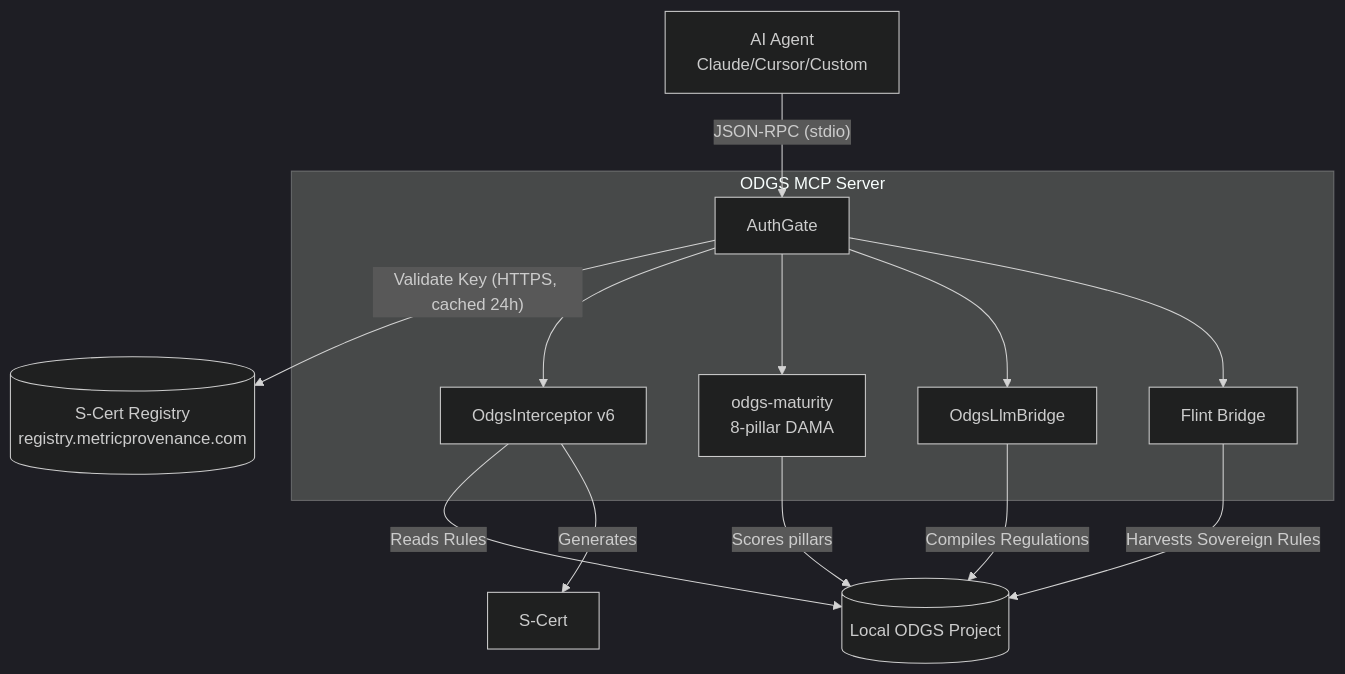
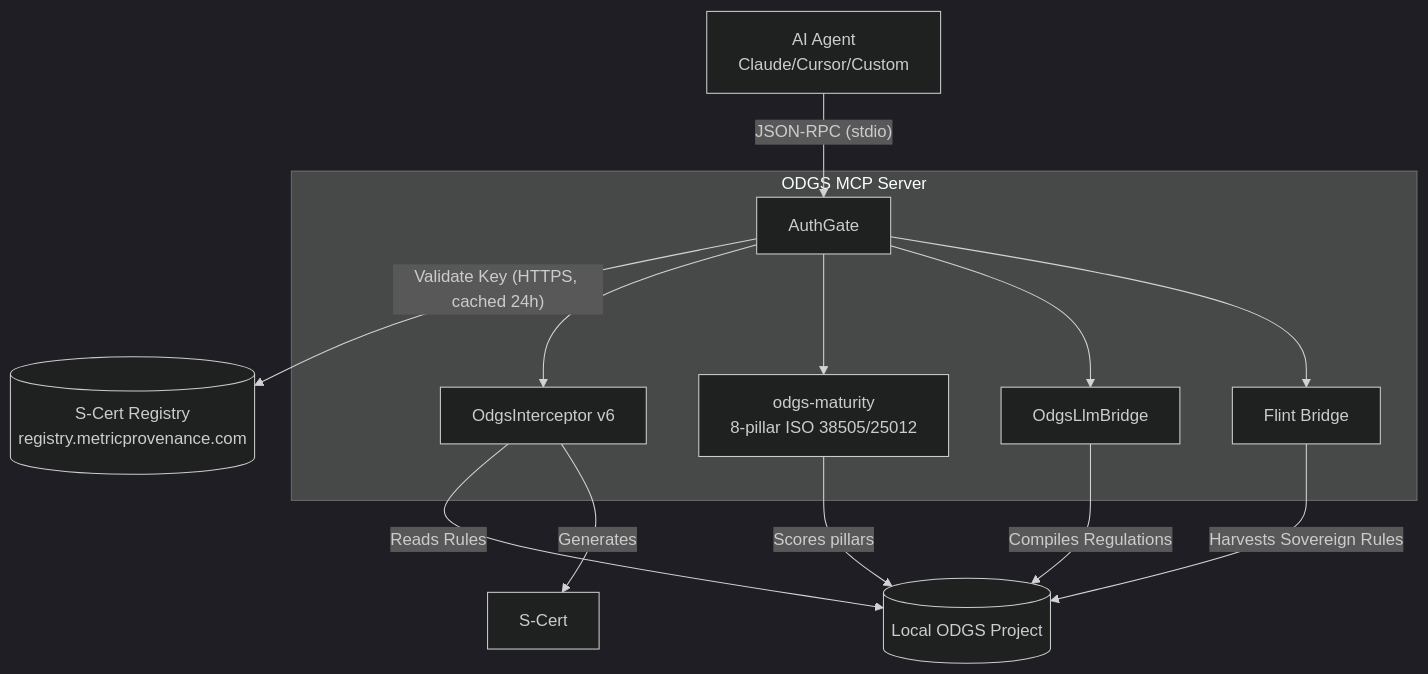
One commit to MetricProvenance/odgs-mcp-server changed the diagram in README.md. Above: the diagram before and after it, drawn with Mermaid (dark theme). The commit also changed other lines of this file and 7 other files, not shown here.

Commit message:
feat(v0.4.0): align with ODGS v6.1.0 and ISO/IEC 38505-1 & 25012 maturity framework

````diff
--- a/README.md
+++ b/README.md
@@ -180,28 +176,28 @@
 ```mermaid
 flowchart TB
     Agent[AI Agent\nClaude/Cursor/Custom]
     
     subgraph "ODGS MCP Server"
         Auth[AuthGate]
         Val[OdgsInterceptor v6]
-        Maturity[odgs-maturity\n8-pillar DAMA]
+        Maturity[odgs-maturity\n8-pillar ISO 38505/25012]
         LLM[OdgsLlmBridge]
         Flint[Flint Bridge]
     end
     
     Reg[(S-Cert Registry\nregistry.metricprovenance.com)]
     Project[(Local ODGS Project)]
 
     Agent -- "JSON-RPC (stdio)" --> Auth
     Auth -- "Validate Key (HTTPS, cached 24h)" --> Reg
     Auth --> Val
     Auth --> Maturity
     Auth --> LLM
     Auth --> Flint
     
     Val -- "Reads Rules" --> Project
     Val -- "Generates" --> SCert[S-Cert]
     Maturity -- "Scores pillars" --> Project
     LLM -- "Compiles Regulations" --> Project
     Flint -- "Harvests Sovereign Rules" --> Project
 ```
````
